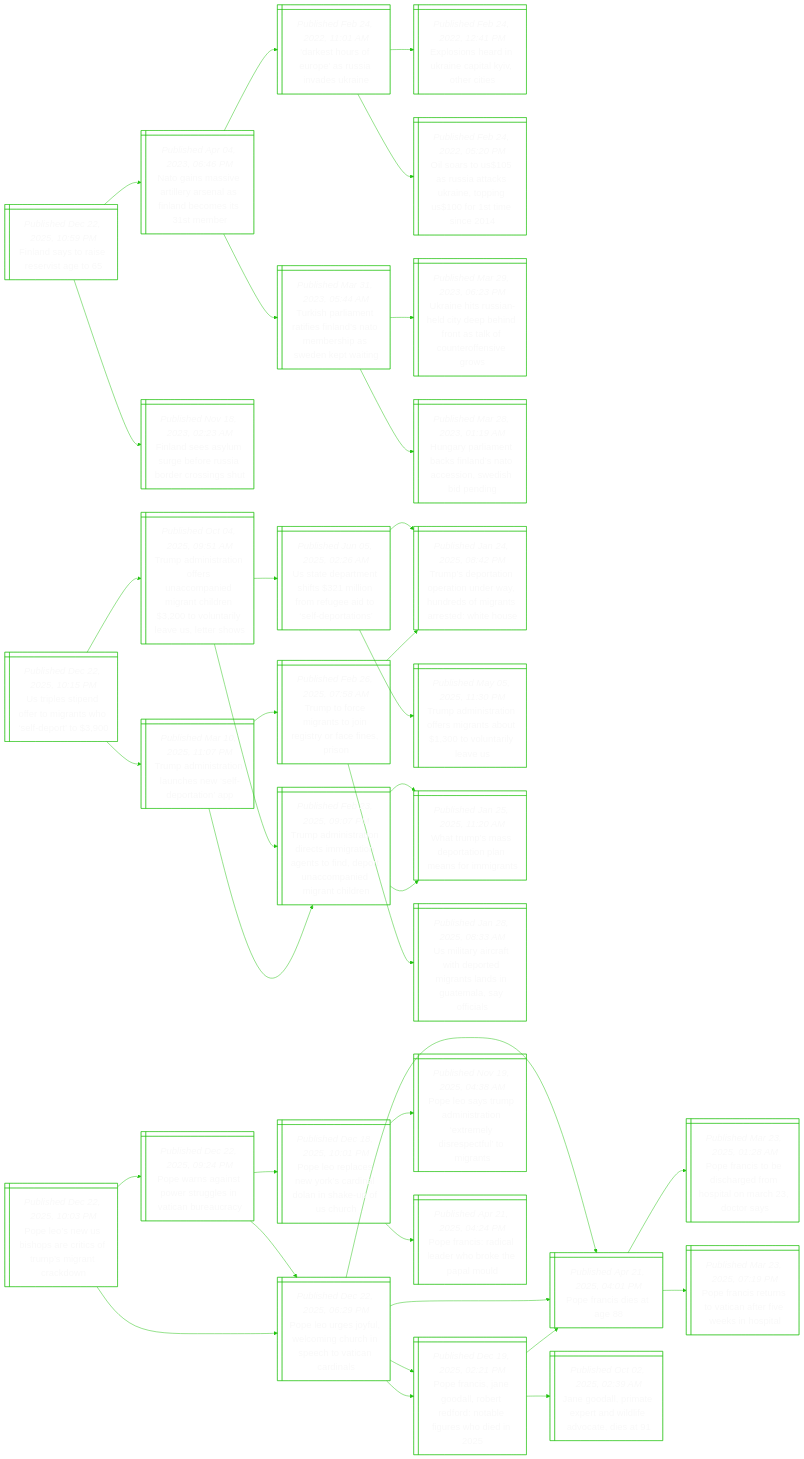
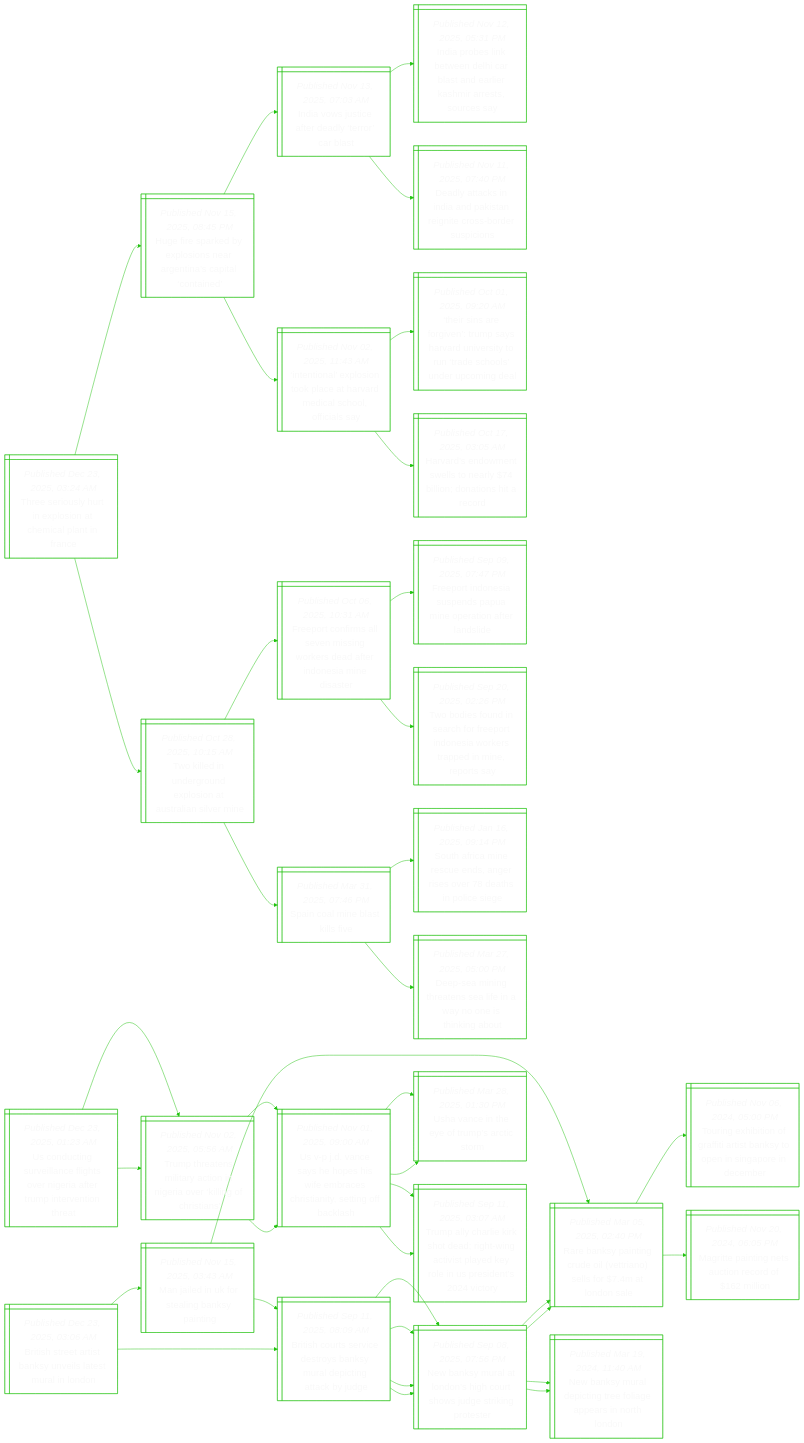
Before and after one commit to notJmes/notJmes: the diagram in README.md, drawn with Mermaid. The commit also changed other lines of this file, not shown here.

````diff
--- a/README.md
+++ b/README.md
@@ -16,118 +16,124 @@
 flowchart LR
 classDef txtsize font-size:20px;
 
-Fnsisst@{ shape: win-pane, label: "_Published Dec 22, 2025, 10:59 PM_
-Finland says to raise reservist age to 65" }
-Naaelaaidmsm@{ shape: win-pane, label: "_Published Apr 04, 2023, 06:46 PM_
-Nato gains massive artillery arsenal as finland becomes its 31st member" }
-DsruasvUn@{ shape: win-pane, label: "_Published Feb 24, 2022, 11:01 AM_
-'darkest hours of europe' as russia invades ukraine" }
-Eshiaalocs@{ shape: win-pane, label: "_Published Feb 24, 2022, 12:41 PM_
-Explosions heard in ukraine capital kyiv, other cities" }
-OaUuakaogrmc@{ shape: win-pane, label: "_Published Feb 24, 2022, 05:20 PM_
-Oil soars to us$105 as russia attacks ukraine, topping us$100 for 1st time since 2014" }
-TslniFntbiwkag@{ shape: win-pane, label: "_Published Mar 31, 2023, 05:44 AM_
-Turkish parliament ratifies finland’s nato membership as sweden kept waiting" }
-Unsilybdtlorng@{ shape: win-pane, label: "_Published Mar 29, 2023, 06:23 PM_
-Ukraine hits russian-held city deep behind front as talk of counteroffensive grows" }
-HrlnklNciebn@{ shape: win-pane, label: "_Published Mar 28, 2023, 01:19 AM_
-Hungary parliament backs finland’s nato accession, swedish bid pending" }
-Fnsugosocih@{ shape: win-pane, label: "_Published Nov 18, 2023, 02:23 AM_
-Finland sees asylum surge before russia border crossings shut" }
+Tsuuestilnc@{ shape: win-pane, label: "_Published Dec 23, 2025, 03:24 AM_
+Three seriously hurt in explosion at chemical plant in france" }
+Hiablnrnstne@{ shape: win-pane, label: "_Published Nov 15, 2025, 08:45 PM_
+Huge fire sparked by explosions near argentina’s capital ‘contained’" }
+Ivuerlrrt@{ shape: win-pane, label: "_Published Nov 13, 2025, 07:03 AM_
+India vows justice after deadly ‘terror’ car blast" }
+IpsbehbarKieos@{ shape: win-pane, label: "_Published Nov 12, 2025, 05:31 PM_
+India probes link between delhi car blast and earlier kashmir arrests, sources say" }
+DycIaknnrosc@{ shape: win-pane, label: "_Published Nov 11, 2025, 07:40 PM_
+Deadly attacks in india and pakistan reignite cross-border suspicions" }
+ItlotltadSlcs@{ shape: win-pane, label: "_Published Nov 02, 2025, 11:43 AM_
+‘intentional’ explosion took place at harvard medical school, officials say" }
+TsrgTsadeyneodcg@{ shape: win-pane, label: "_Published Oct 01, 2025, 09:20 AM_
+‘their sins are forgiven’: trump says harvard university to run ‘trade schools’ under upcoming deal" }
+Hrdnlnyinnar@{ shape: win-pane, label: "_Published Oct 17, 2025, 03:05 AM_
+Harvard’s endowment swells to nearly $74 billion; donations hit a record" }
+Tlnrnlnsili@{ shape: win-pane, label: "_Published Oct 28, 2025, 10:15 AM_
+Two killed in underground explosion at australian silver mine" }
+Fonseigeaeoadt@{ shape: win-pane, label: "_Published Oct 06, 2025, 10:31 AM_
+Freeport confirms all seven missing workers dead after indonesia mine disaster" }
+FodipPmpitnd@{ shape: win-pane, label: "_Published Sep 09, 2025, 07:47 PM_
+Freeport indonesia suspends papua mine operation after landslide" }
+TdoncFodikrdnoa@{ shape: win-pane, label: "_Published Sep 20, 2025, 02:26 PM_
+Two bodies found in search for freeport indonesia workers trapped in mine, reports say" }
+Scialv@{ shape: win-pane, label: "_Published Mar 31, 2025, 07:46 PM_
+Spain coal mine blast kills five" }
+SAarearoeiie@{ shape: win-pane, label: "_Published Jan 16, 2025, 09:14 PM_
+South africa mine rescue ends, anger rises over 78 deaths in police siege" }
+Deirnlnnina@{ shape: win-pane, label: "_Published Mar 27, 2025, 05:00 PM_
+Deep-sea mining threatens sea life in a way no one is thinking about" }
 
-Fnsisst:::txtsize --> Naaelaaidmsm:::txtsize
-Naaelaaidmsm:::txtsize --> DsruasvUn:::txtsize
-DsruasvUn:::txtsize --> Eshiaalocs:::txtsize
-DsruasvUn:::txtsize --> OaUuakaogrmc:::txtsize
-Naaelaaidmsm:::txtsize --> TslniFntbiwkag:::txtsize
-TslniFntbiwkag:::txtsize --> Unsilybdtlorng:::txtsize
-TslniFntbiwkag:::txtsize --> HrlnklNciebn:::txtsize
-Fnsisst:::txtsize --> Fnsugosocih:::txtsize
+Tsuuestilnc:::txtsize --> Hiablnrnstne:::txtsize
+Hiablnrnstne:::txtsize --> Ivuerlrrt:::txtsize
+Ivuerlrrt:::txtsize --> IpsbehbarKieos:::txtsize
+Ivuerlrrt:::txtsize --> DycIaknnrosc:::txtsize
+Hiablnrnstne:::txtsize --> ItlotltadSlcs:::txtsize
+ItlotltadSlcs:::txtsize --> TsrgTsadeyneodcg:::txtsize
+ItlotltadSlcs:::txtsize --> Hrdnlnyinnar:::txtsize
+Tsuuestilnc:::txtsize --> Tlnrnlnsili:::txtsize
+Tlnrnlnsili:::txtsize --> Fonseigeaeoadt:::txtsize
+Fonseigeaeoadt:::txtsize --> FodipPmpitnd:::txtsize
+Fonseigeaeoadt:::txtsize --> TdoncFodikrdnoa:::txtsize
+Tlnrnlnsili:::txtsize --> Scialv:::txtsize
+Scialv:::txtsize --> SAarearoeiie:::txtsize
+Scialv:::txtsize --> Deirnlnnina:::txtsize
 
-Uptdrgsepo@{ shape: win-pane, label: "_Published Dec 22, 2025, 10:15 PM_
-Us triples stipend offer to migrants who ‘self-deport’ to $3,900" }
-Taitfuoigcrvtyeth@{ shape: win-pane, label: "_Published Oct 04, 2025, 09:51 AM_
-Trump administration offers unaccompanied migrant children $3,200 to voluntarily leave us, letter shows" }
-Utanflfeeodtn@{ shape: win-pane, label: "_Published Jun 05, 2025, 02:26 AM_
-Us state department shifts $321 million from refugee aid to ‘self-deportations’" }
-TsrornruditeWH@{ shape: win-pane, label: "_Published Jan 24, 2025, 08:42 PM_
-Trump’s deportation operation under way, hundreds of migrants arrested: white house" }
-Taitfmnovtye@{ shape: win-pane, label: "_Published May 05, 2025, 11:30 PM_
-Trump administration offers migrants about $1,300 to voluntarily leave us" }
-Taitisgonfeuoigcr@{ shape: win-pane, label: "_Published Feb 23, 2025, 09:07 PM_
-Trump administration directs immigration agents to find, deport unaccompanied migrant children" }
-Wrmeapeoit@{ shape: win-pane, label: "_Published Jan 25, 2025, 11:20 AM_
-What trump’s mass deportation plan means for immigrants" }
-Taitaeseaa@{ shape: win-pane, label: "_Published Mar 10, 2025, 11:07 PM_
-Trump administration launches new ‘self-deportation’ app" }
-Ttcrtnsrfpn@{ shape: win-pane, label: "_Published Feb 26, 2025, 07:58 AM_
-Trump to force migrants to join registry or face fines, prison" }
-TsrornruditeWH@{ shape: win-pane, label: "_Published Jan 24, 2025, 08:42 PM_
-Trump’s deportation operation under way, hundreds of migrants arrested: white house" }
-UiaatomnnGmais@{ shape: win-pane, label: "_Published Jan 28, 2025, 08:33 AM_
-Us military aircraft with deported migrants lands in guatemala, say officials" }
-Taitisgonfeuoigcr@{ shape: win-pane, label: "_Published Feb 23, 2025, 09:07 PM_
-Trump administration directs immigration agents to find, deport unaccompanied migrant children" }
-Wrmeapeoit@{ shape: win-pane, label: "_Published Jan 25, 2025, 11:20 AM_
-What trump’s mass deportation plan means for immigrants" }
+BsetaulerLn@{ shape: win-pane, label: "_Published Dec 23, 2025, 03:06 AM_
+British street artist banksy unveils latest mural in london" }
+Bsrrdonueitye@{ shape: win-pane, label: "_Published Sep 11, 2025, 08:09 AM_
+British courts service destroys banksy mural depicting attack by judge" }
+Nnutogrwgips@{ shape: win-pane, label: "_Published Sep 08, 2025, 07:56 PM_
+New banksy mural at london’s high court shows judge striking protester" }
+Rapiulrsftoe@{ shape: win-pane, label: "_Published Mar 05, 2025, 02:40 PM_
+Rare banksy painting crude oil (vettriano) sells for $7.4m at london sale" }
+Nnueieipsrn@{ shape: win-pane, label: "_Published Mar 19, 2024, 11:40 AM_
+New banksy mural depicting tree foliage appears in north london" }
+Nnutogrwgips@{ shape: win-pane, label: "_Published Sep 08, 2025, 07:56 PM_
+New banksy mural at london’s high court shows judge striking protester" }
+Rapiulrsftoe@{ shape: win-pane, label: "_Published Mar 05, 2025, 02:40 PM_
+Rare banksy painting crude oil (vettriano) sells for $7.4m at london sale" }
+Nnueieipsrn@{ shape: win-pane, label: "_Published Mar 19, 2024, 11:40 AM_
+New banksy mural depicting tree foliage appears in north london" }
+Minrlapi@{ shape: win-pane, label: "_Published Nov 15, 2025, 03:43 AM_
+Man jailed in uk for stealing banksy painting" }
+Bsrrdonueitye@{ shape: win-pane, label: "_Published Sep 11, 2025, 08:09 AM_
+British courts service destroys banksy mural depicting attack by judge" }
+Nnutogrwgips@{ shape: win-pane, label: "_Published Sep 08, 2025, 07:56 PM_
+New banksy mural at london’s high court shows judge striking protester" }
+Nnutogrwgips@{ shape: win-pane, label: "_Published Sep 08, 2025, 07:56 PM_
+New banksy mural at london’s high court shows judge striking protester" }
+Rapiulrsftoe@{ shape: win-pane, label: "_Published Mar 05, 2025, 02:40 PM_
+Rare banksy painting crude oil (vettriano) sells for $7.4m at london sale" }
+Tniortinoigecr@{ shape: win-pane, label: "_Published Nov 06, 2024, 05:00 PM_
+Touring exhibition of graffiti artist banksy to open in singapore in december" }
+Mtigaoomo@{ shape: win-pane, label: "_Published Nov 20, 2024, 06:05 PM_
+Magritte painting nets auction record of $162 million" }
 
-Uptdrgsepo:::txtsize --> Taitfuoigcrvtyeth:::txtsize
-Taitfuoigcrvtyeth:::txtsize --> Utanflfeeodtn:::txtsize
-Utanflfeeodtn:::txtsize --> TsrornruditeWH:::txtsize
-Utanflfeeodtn:::txtsize --> Taitfmnovtye:::txtsize
-Taitfuoigcrvtyeth:::txtsize --> Taitisgonfeuoigcr:::txtsize
-Taitisgonfeuoigcr:::txtsize --> Wrmeapeoit:::txtsize
-Uptdrgsepo:::txtsize --> Taitaeseaa:::txtsize
-Taitaeseaa:::txtsize --> Ttcrtnsrfpn:::txtsize
-Ttcrtnsrfpn:::txtsize --> TsrornruditeWH:::txtsize
-Ttcrtnsrfpn:::txtsize --> UiaatomnnGmais:::txtsize
-Taitaeseaa:::txtsize --> Taitisgonfeuoigcr:::txtsize
-Taitisgonfeuoigcr:::txtsize --> Wrmeapeoit:::txtsize
+BsetaulerLn:::txtsize --> Bsrrdonueitye:::txtsize
+Bsrrdonueitye:::txtsize --> Nnutogrwgips:::txtsize
+Nnutogrwgips:::txtsize --> Rapiulrsftoe:::txtsize
+Nnutogrwgips:::txtsize --> Nnueieipsrn:::txtsize
+Bsrrdonueitye:::txtsize --> Nnutogrwgips:::txtsize
+Nnutogrwgips:::txtsize --> Rapiulrsftoe:::txtsize
+Nnutogrwgips:::txtsize --> Nnueieipsrn:::txtsize
+BsetaulerLn:::txtsize --> Minrlapi:::txtsize
+Minrlapi:::txtsize --> Bsrrdonueitye:::txtsize
+Bsrrdonueitye:::txtsize --> Nnutogrwgips:::txtsize
+Bsrrdonueitye:::txtsize --> Nnutogrwgips:::txtsize
+Minrlapi:::txtsize --> Rapiulrsftoe:::txtsize
+Rapiulrsftoe:::txtsize --> Tniortinoigecr:::txtsize
+Rapiulrsftoe:::txtsize --> Mtigaoomo:::txtsize
 
-Pewsaiomgcd@{ shape: win-pane, label: "_Published Dec 22, 2025, 10:03 PM_
-Pope leo’s new us bishops are critics of trump’s migrant crackdown" }
-Pagtrgiiuc@{ shape: win-pane, label: "_Published Dec 22, 2025, 09:24 PM_
-Pope warns against power struggles in vatican bureaucracy" }
-Peeflnrshtcn@{ shape: win-pane, label: "_Published Dec 22, 2025, 06:29 PM_
-Pope leo urges joyful, welcoming church in speech to vatican cardinals" }
-Prsa@{ shape: win-pane, label: "_Published Apr 21, 2025, 04:01 PM_
-Pope francis dies at age 88" }
-PrsGledNluhd@{ shape: win-pane, label: "_Published Dec 19, 2025, 02:21 PM_
-Pope francis, jane goodall, robert redford: notable figures who died in 2025" }
-PelNrrlnaoh@{ shape: win-pane, label: "_Published Dec 18, 2025, 10:01 PM_
-Pope leo replaces new york’s cardinal dolan in shake-up of us church" }
-Pespnaemipuit@{ shape: win-pane, label: "_Published Nov 19, 2025, 04:38 AM_
-Pope leo says trump administration ‘extremely disrespectful’ to migrants" }
-Prscahkpm@{ shape: win-pane, label: "_Published Apr 21, 2025, 04:24 PM_
-Pope francis: radical leader who broke the papal mould" }
-Peeflnrshtcn@{ shape: win-pane, label: "_Published Dec 22, 2025, 06:29 PM_
-Pope leo urges joyful, welcoming church in speech to vatican cardinals" }
-Prsa@{ shape: win-pane, label: "_Published Apr 21, 2025, 04:01 PM_
-Pope francis dies at age 88" }
-Prsdafoaaos@{ shape: win-pane, label: "_Published Mar 23, 2025, 01:28 AM_
-Pope francis to be discharged from hospital on march 23, doctor says" }
-PrsrVaeessl@{ shape: win-pane, label: "_Published Mar 23, 2025, 07:19 PM_
-Pope francis returns to vatican after five weeks in hospital" }
-PrsGledNluhd@{ shape: win-pane, label: "_Published Dec 19, 2025, 02:21 PM_
-Pope francis, jane goodall, robert redford: notable figures who died in 2025" }
-Prsa@{ shape: win-pane, label: "_Published Apr 21, 2025, 04:01 PM_
-Pope francis dies at age 88" }
-Jolapndaae@{ shape: win-pane, label: "_Published Oct 02, 2025, 02:39 AM_
-Jane goodall, primate expert and wildlife advocate, dies at 91" }
+UdnvalsNiemeth@{ shape: win-pane, label: "_Published Dec 23, 2025, 01:23 AM_
+Us conducting surveillance flights over nigeria after trump intervention threat" }
+TttiriNiriCt@{ shape: win-pane, label: "_Published Nov 02, 2025, 05:56 AM_
+Trump threatens military action in nigeria over ‘killing of christians’" }
+UDehewmeinegas@{ shape: win-pane, label: "_Published Nov 01, 2025, 09:00 AM_
+Us v-p j.d. vance says he hopes his wife embraces christianity, setting off backlash" }
+UanyrAcm@{ shape: win-pane, label: "_Published Mar 28, 2025, 01:30 PM_
+Usha vance in the eye of trump’s arctic storm" }
+TahesegnipdoUstt@{ shape: win-pane, label: "_Published Sep 11, 2025, 03:07 AM_
+Trump ally charlie kirk shot dead; right-wing activist played key role in us president’s 2024 victory" }
+TttiriNiriCt@{ shape: win-pane, label: "_Published Nov 02, 2025, 05:56 AM_
+Trump threatens military action in nigeria over ‘killing of christians’" }
+UDehewmeinegas@{ shape: win-pane, label: "_Published Nov 01, 2025, 09:00 AM_
+Us v-p j.d. vance says he hopes his wife embraces christianity, setting off backlash" }
+UanyrAcm@{ shape: win-pane, label: "_Published Mar 28, 2025, 01:30 PM_
+Usha vance in the eye of trump’s arctic storm" }
+TahesegnipdoUstt@{ shape: win-pane, label: "_Published Sep 11, 2025, 03:07 AM_
+Trump ally charlie kirk shot dead; right-wing activist played key role in us president’s 2024 victory" }
 
-Pewsaiomgcd:::txtsize --> Pagtrgiiuc:::txtsize
-Pagtrgiiuc:::txtsize --> Peeflnrshtcn:::txtsize
-Peeflnrshtcn:::txtsize --> Prsa:::txtsize
-Peeflnrshtcn:::txtsize --> PrsGledNluhd:::txtsize
-Pagtrgiiuc:::txtsize --> PelNrrlnaoh:::txtsize
-PelNrrlnaoh:::txtsize --> Pespnaemipuit:::txtsize
-PelNrrlnaoh:::txtsize --> Prscahkpm:::txtsize
-Pewsaiomgcd:::txtsize --> Peeflnrshtcn:::txtsize
-Peeflnrshtcn:::txtsize --> Prsa:::txtsize
-Prsa:::txtsize --> Prsdafoaaos:::txtsize
-Prsa:::txtsize --> PrsrVaeessl:::txtsize
-Peeflnrshtcn:::txtsize --> PrsGledNluhd:::txtsize
-PrsGledNluhd:::txtsize --> Prsa:::txtsize
-PrsGledNluhd:::txtsize --> Jolapndaae:::txtsize
+UdnvalsNiemeth:::txtsize --> TttiriNiriCt:::txtsize
+TttiriNiriCt:::txtsize --> UDehewmeinegas:::txtsize
+UDehewmeinegas:::txtsize --> UanyrAcm:::txtsize
+UDehewmeinegas:::txtsize --> TahesegnipdoUstt:::txtsize
+UdnvalsNiemeth:::txtsize --> TttiriNiriCt:::txtsize
+TttiriNiriCt:::txtsize --> UDehewmeinegas:::txtsize
+UDehewmeinegas:::txtsize --> UanyrAcm:::txtsize
+UDehewmeinegas:::txtsize --> TahesegnipdoUstt:::txtsize
 
 ```
````
